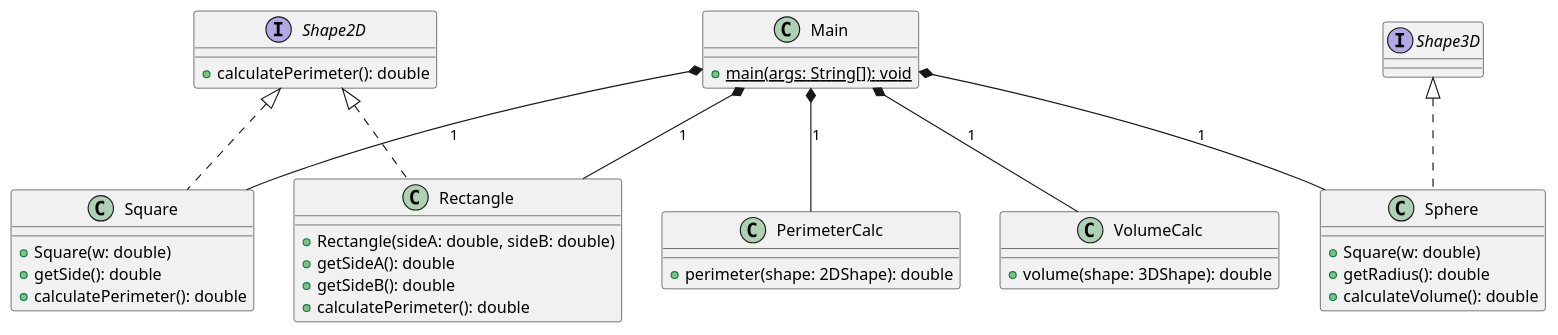
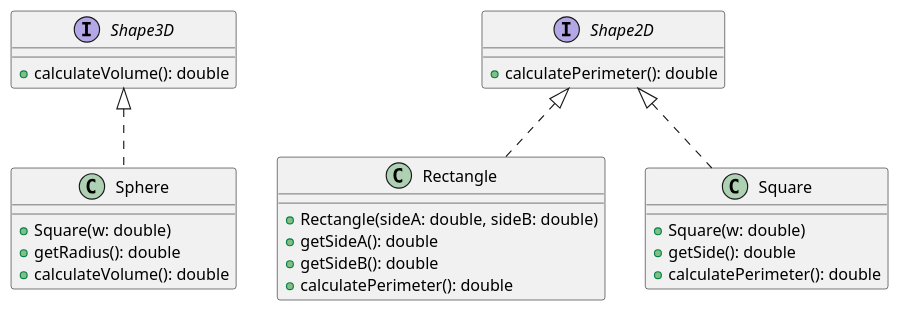
The diagram in src/I_Principle/I_Principle.md (nicholasnikolov90/ENSF_607_Assignment4), drawn with PlantUML before and after one commit. The commit also changed 16 other files, not shown here.

```diff
--- a/src/I_Principle/I_Principle.md
+++ b/src/I_Principle/I_Principle.md
@@ -1,51 +1,35 @@
 @startuml
+
+interface Shape3D{
++calculateVolume(): double 
+}
 
 interface Shape2D{
 +calculatePerimeter(): double
 }
-
-class PerimeterCalc{
-+ perimeter(shape: 2DShape): double
-}
-
-class VolumeCalc{
-+ volume(shape: 3DShape): double
-}
-
 
 class Rectangle{
 + Rectangle(sideA: double, sideB: double)
 + getSideA(): double
 + getSideB(): double
 + calculatePerimeter(): double
 }
 
 
 class Square{
 + Square(w: double)
 + getSide(): double
 + calculatePerimeter(): double
 }
 
 class Sphere{
 + Square(w: double)
 + getRadius(): double
 + calculateVolume(): double
 }
 
-class Main{
-+{static} main(args: String[]): void
-}
-
-
-Main *-- PerimeterCalc: 1
-Main *-- VolumeCalc: 1
-Main *-- Square: 1
-Main *-- Rectangle: 1
-Main *-- Sphere: 1
-
 Class Square implements Shape2D
 Class Rectangle implements Shape2D
 Class Sphere implements Shape3D
 
 @enduml
```
